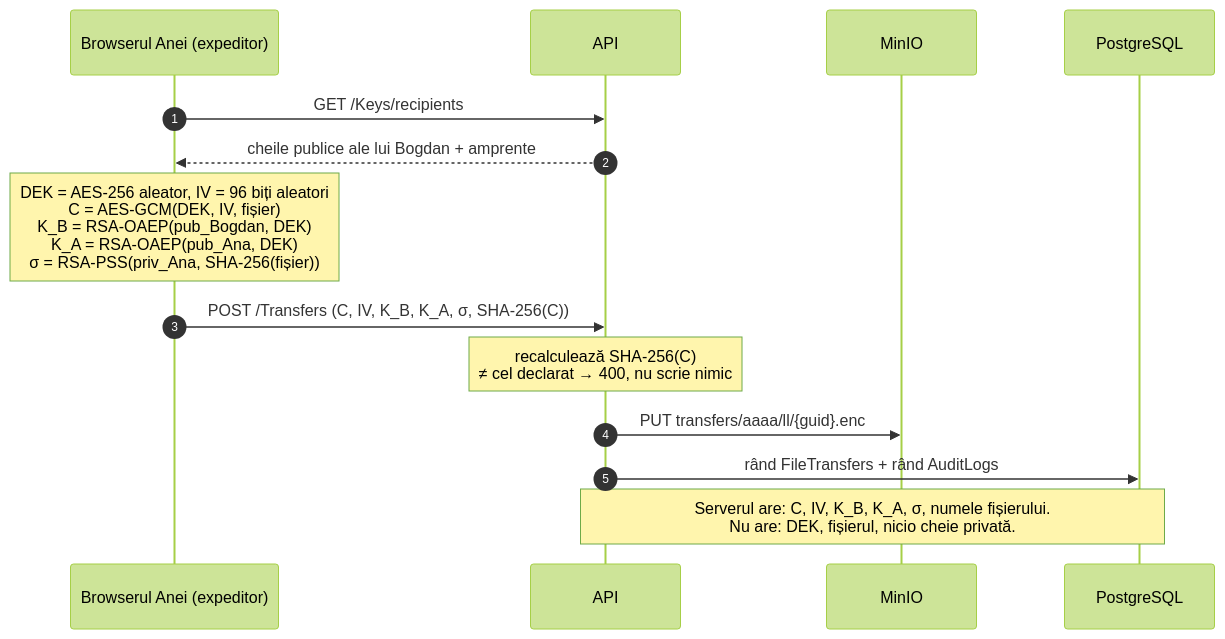
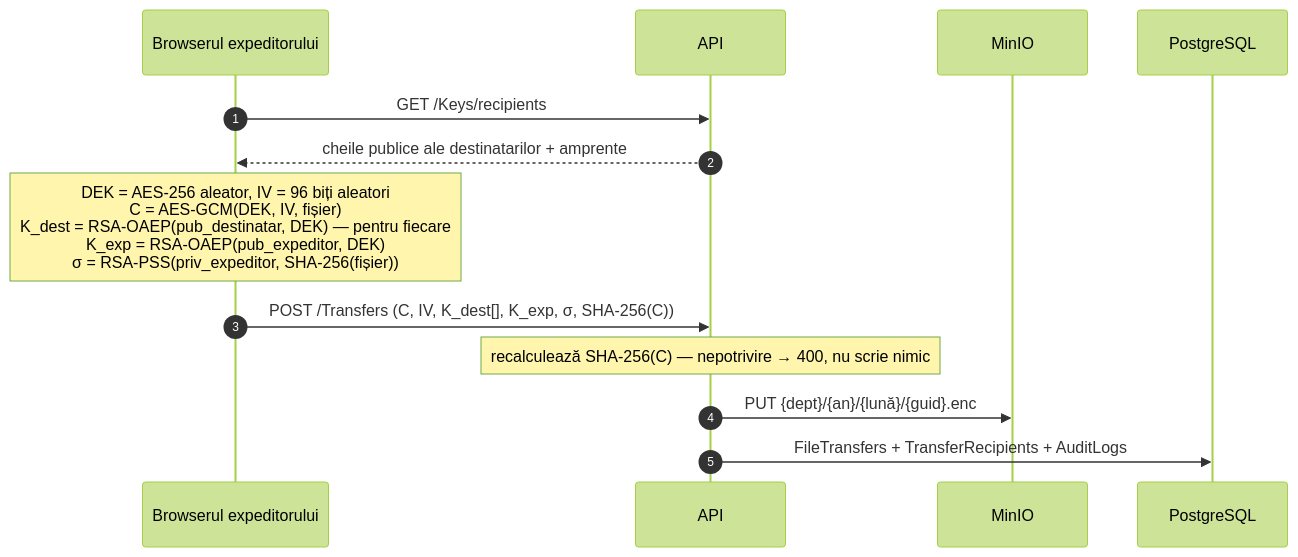
One commit to Danielus-hehe/mai-secure-platform changed the third of 5 diagrams in README.md. Above: the diagram before and after it, drawn with Mermaid (forest theme). The commit also changed other lines of this file, not shown here.

````diff
--- a/README.md
+++ b/README.md
@@ -159,17 +237,16 @@
 ```mermaid
 sequenceDiagram
     autonumber
-    participant BA as Browserul Anei (expeditor)
+    participant BA as Browserul expeditorului
     participant S as API
     participant M as MinIO
     participant DB as PostgreSQL
 
     BA->>S: GET /Keys/recipients
-    S-->>BA: cheile publice ale lui Bogdan + amprente
-    Note over BA: DEK = AES-256 aleator, IV = 96 biți aleatori<br/>C = AES-GCM(DEK, IV, fișier)<br/>K_B = RSA-OAEP(pub_Bogdan, DEK)<br/>K_A = RSA-OAEP(pub_Ana, DEK)<br/>σ = RSA-PSS(priv_Ana, SHA-256(fișier))
-    BA->>S: POST /Transfers (C, IV, K_B, K_A, σ, SHA-256(C))
-    Note over S: recalculează SHA-256(C)<br/>≠ cel declarat → 400, nu scrie nimic
-    S->>M: PUT transfers/aaaa/ll/{guid}.enc
-    S->>DB: rând FileTransfers + rând AuditLogs
-    Note over S,DB: Serverul are: C, IV, K_B, K_A, σ, numele fișierului.<br/>Nu are: DEK, fișierul, nicio cheie privată.
+    S-->>BA: cheile publice ale destinatarilor + amprente
+    Note over BA: DEK = AES-256 aleator, IV = 96 biți aleatori<br/>C = AES-GCM(DEK, IV, fișier)<br/>K_dest = RSA-OAEP(pub_destinatar, DEK) — pentru fiecare<br/>K_exp  = RSA-OAEP(pub_expeditor, DEK)<br/>σ = RSA-PSS(priv_expeditor, SHA-256(fișier))
+    BA->>S: POST /Transfers (C, IV, K_dest[], K_exp, σ, SHA-256(C))
+    Note over S: recalculează SHA-256(C) — nepotrivire → 400, nu scrie nimic
+    S->>M: PUT {dept}/{an}/{lună}/{guid}.enc
+    S->>DB: FileTransfers + TransferRecipients + AuditLogs
 ```
````
